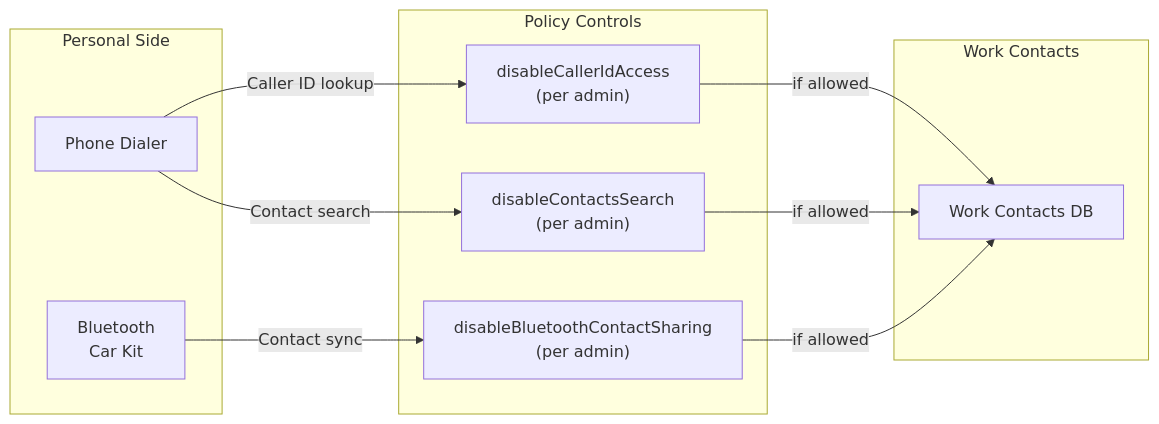
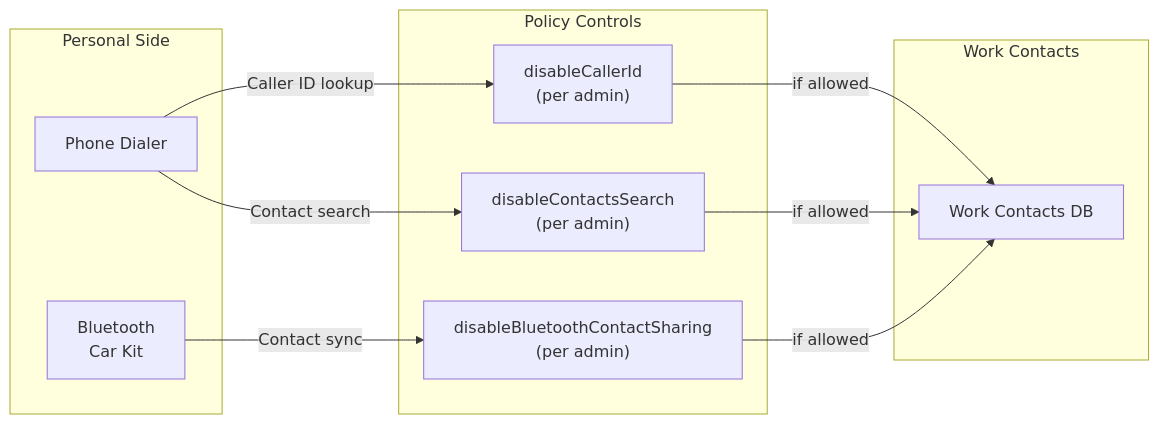
Diagram 22 of 30 in agents/claude/skills/aosp-device-support/61-device-policy.md (aospbooks/aosp-internal-book), drawn with Mermaid before and after one commit. The commit also changed other lines of this file and 218 other files, not shown here.

````diff
--- a/agents/claude/skills/aosp-device-support/61-device-policy.md
+++ b/agents/claude/skills/aosp-device-support/61-device-policy.md
@@ -2361,24 +2395,24 @@
 ```mermaid
 graph LR
     subgraph "Personal Side"
         DIALER[Phone Dialer]
         BT["Bluetooth<br/>Car Kit"]
     end
 
     subgraph "Policy Controls"
-        CID["disableCallerIdAccess<br/>(per admin)"]
+        CID["disableCallerId<br/>(per admin)"]
         CS["disableContactsSearch<br/>(per admin)"]
         BCS["disableBluetoothContactSharing<br/>(per admin)"]
     end
 
     subgraph "Work Contacts"
         WC[Work Contacts DB]
     end
 
     DIALER -->|"Caller ID lookup"| CID
     DIALER -->|"Contact search"| CS
     BT -->|"Contact sync"| BCS
     CID -->|"if allowed"| WC
     CS -->|"if allowed"| WC
     BCS -->|"if allowed"| WC
 ```
````
